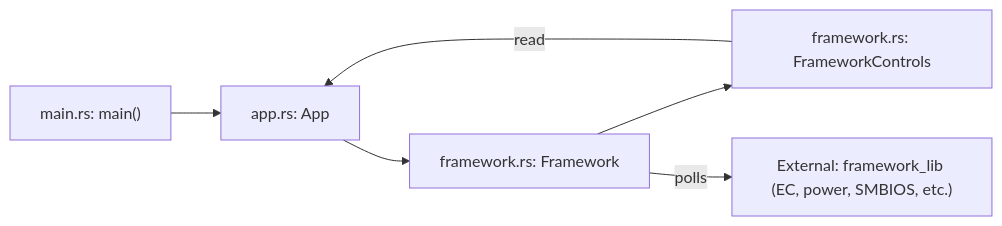
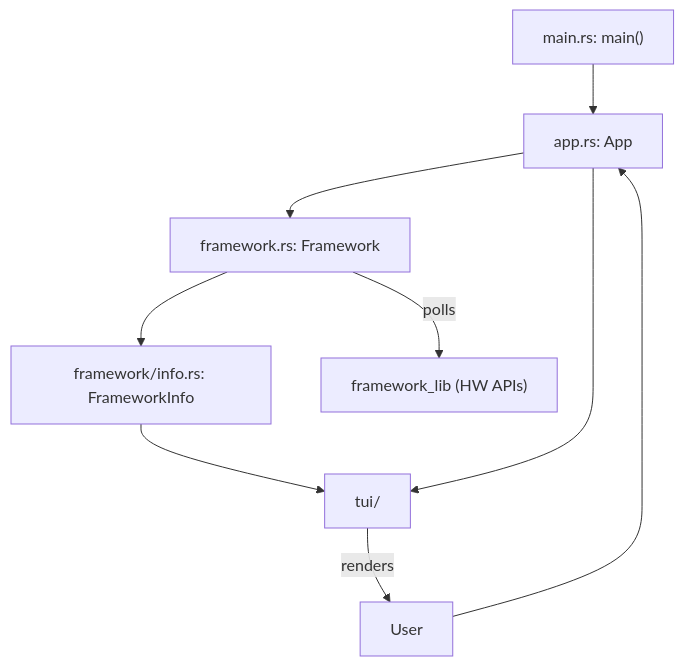
Before and after one commit to grouzen/framework-tool-tui: the first of 2 diagrams in docs/ARCHITECTURE.md, drawn with Mermaid. The commit also changed other lines of this file and 3 other files, not shown here.

````diff
--- a/docs/ARCHITECTURE.md
+++ b/docs/ARCHITECTURE.md
@@ -16,14 +38,18 @@
 ```mermaid
-graph LR
+graph TD
     Main["main.rs: main()"]
     App["app.rs: App"]
     Framework["framework.rs: Framework"]
-    Controls["framework.rs: FrameworkControls"]
-    Hardware["External: framework_lib (EC, power, SMBIOS, etc.)"]
+    Info["framework/info.rs: FrameworkInfo"]
+    Tui["tui/"]
+    Hardware["framework_lib (HW APIs)"]
 
     Main --> App
     App --> Framework
-    Framework --> Controls
-    Controls -->|read| App
+    Framework --> Info
+    Info --> Tui
     Framework -->|polls| Hardware
+    App --> Tui
+    Tui -->|renders| User["User"]
+    User --> App
 ```
````
